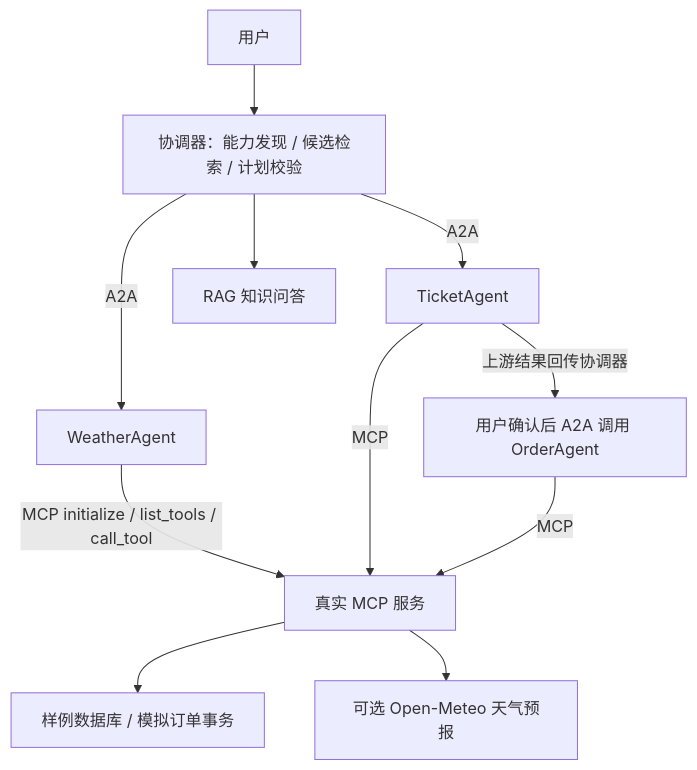
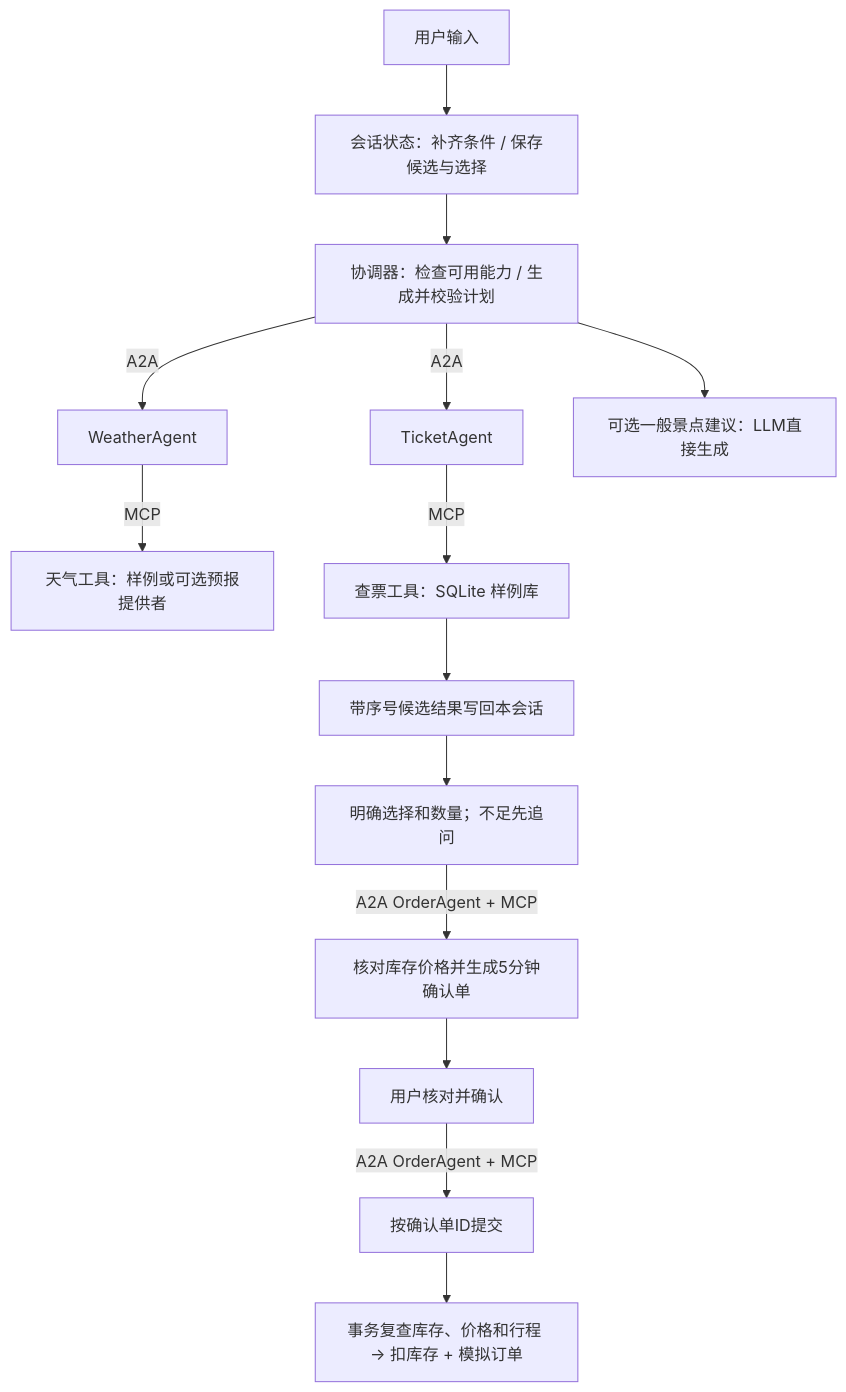
The diagram in README.md (Mysarff/agent), drawn with Mermaid before and after one commit. The commit also changed other lines of this file and 26 other files, not shown here.

````diff
--- a/README.md
+++ b/README.md
@@ -31,13 +35,16 @@
 ```mermaid
 flowchart TD
-  U[用户] --> C[协调器：能力发现 / 候选检索 / 计划校验]
-  C -->|A2A| W[WeatherAgent]
-  C -->|A2A| T[TicketAgent]
-  C --> K[RAG 知识问答]
-  T -->|上游结果回传协调器| O[用户确认后 A2A 调用 OrderAgent]
-  W -->|MCP initialize / list_tools / call_tool| M[真实 MCP 服务]
-  T -->|MCP| M
-  O -->|MCP| M
-  M --> S[样例数据库 / 模拟订单事务]
-  M --> F[可选 Open-Meteo 天气预报]
+  U[用户输入] --> S[会话状态：补齐条件 / 保存候选与选择]
+  S --> P[协调器：检查可用能力 / 生成并校验计划]
+  P -->|A2A| W[WeatherAgent]
+  P -->|A2A| T[TicketAgent]
+  W -->|MCP| WT[天气工具：样例或可选预报提供者]
+  T -->|MCP| TT[查票工具：SQLite 样例库]
+  TT --> C[带序号候选结果写回本会话]
+  C --> Q[明确选择和数量；不足先追问]
+  Q -->|A2A OrderAgent + MCP| D[核对库存价格并生成5分钟确认单]
+  D --> H[用户核对并确认]
+  H -->|A2A OrderAgent + MCP| B[按确认单ID提交]
+  B --> X[事务复查库存、价格和行程 → 扣库存 + 模拟订单]
+  P --> G[可选一般景点建议：LLM直接生成]
 ```
````
